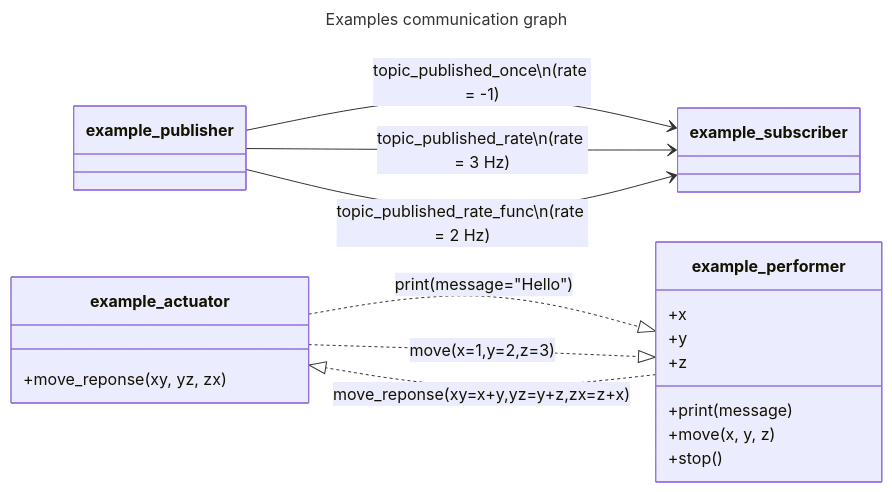
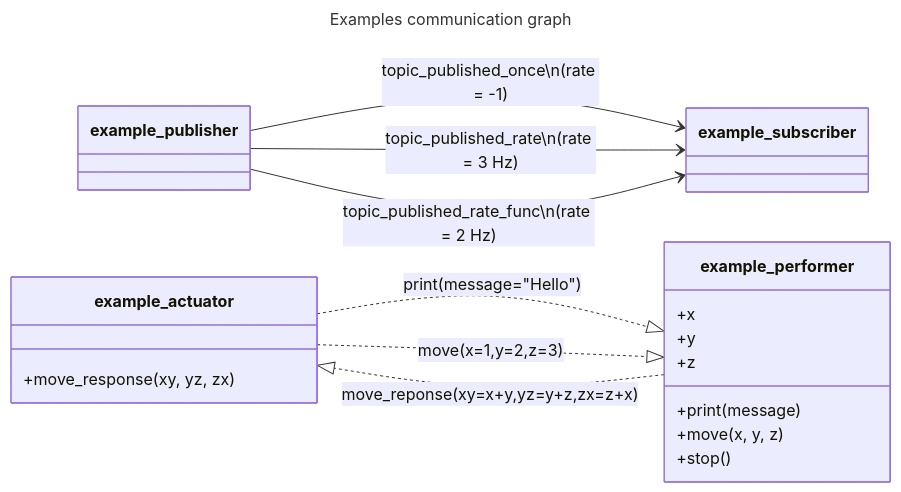
One commit to PYBrulin/axone changed the seventh of 9 diagrams in README.md. Above: the diagram before and after it, drawn with Mermaid. The commit also changed other lines of this file and 3 other files, not shown here.

````diff
--- a/README.md
+++ b/README.md
@@ -329,27 +339,27 @@
 ```mermaid
 ---
 title: Examples communication graph
 ---
 classDiagram
     direction LR
     class example_publisher
     class example_subscriber
     class example_actuator{
-        +move_reponse(xy, yz, zx)
+        +move_response(xy, yz, zx)
     }
     class example_performer{
         +x
         +y
         +z
         +print(message)
         +move(x, y, z)
         +stop()
     }
 
     example_publisher --> example_subscriber : topic_published_once\n(rate = -1)
     example_publisher --> example_subscriber : topic_published_rate\n(rate = 3 Hz)
     example_publisher --> example_subscriber : topic_published_rate_func\n(rate = 2 Hz)
     example_actuator ..|> example_performer : print(message="Hello")
     example_actuator ..|> example_performer : move(x=1,y=2,z=3)
     example_performer ..|> example_actuator : move_reponse(xy=x+y,yz=y+z,zx=z+x)
 ```
````
